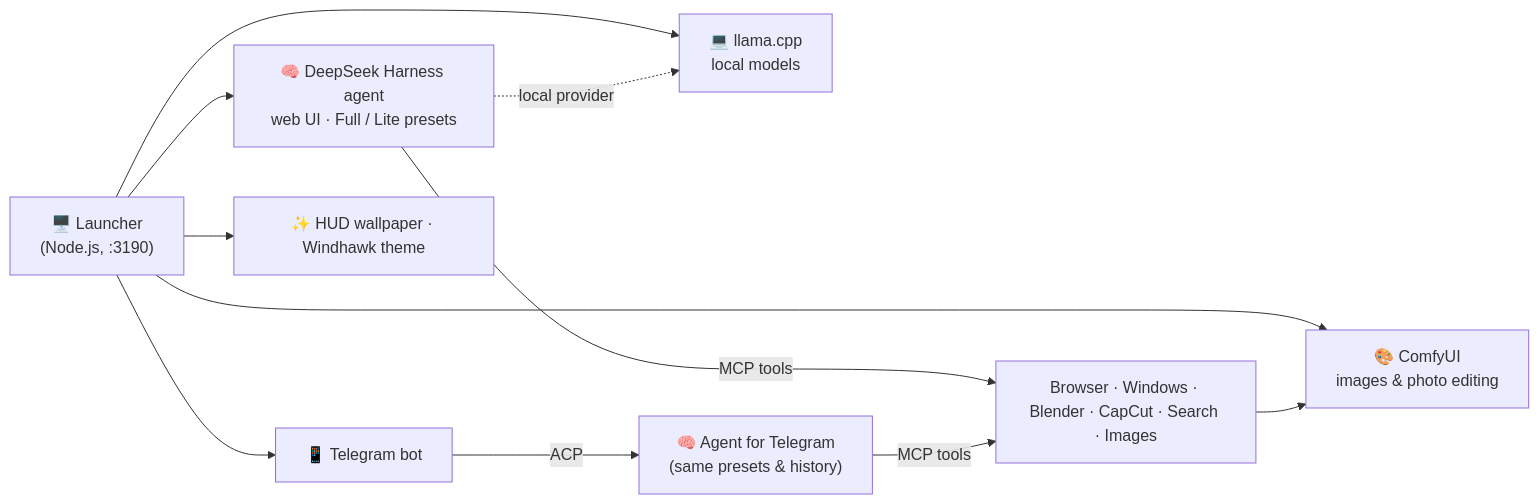
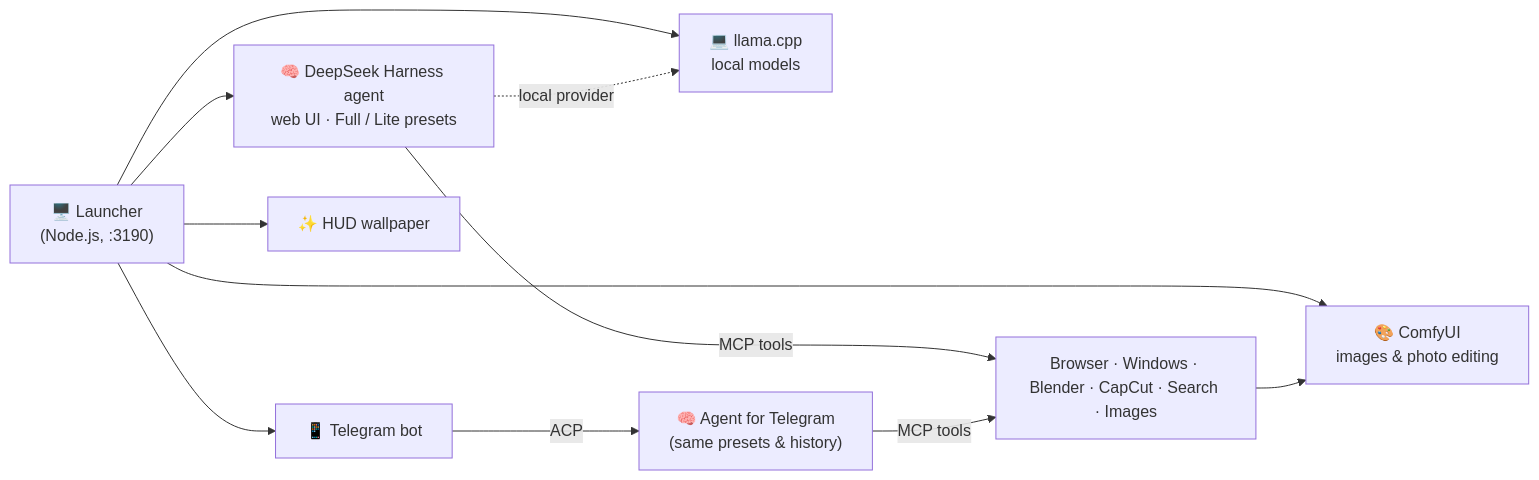
Before and after one commit to SanyaSS111/jarvis: the diagram in README.md, drawn with Mermaid. The commit also changed other lines of this file and 65 other files, not shown here.

First line of the commit message:
2.0: remove the Windows look, keep only the HUD wallpaper (off by default)

````diff
--- a/README.md
+++ b/README.md
@@ -106,13 +106,13 @@
 ```mermaid
 flowchart LR
   L["🖥️ Launcher<br/>(Node.js, :3190)"] --> A["🧠 DeepSeek Harness agent<br/>web UI · Full / Lite presets"]
   L --> M["💻 llama.cpp<br/>local models"]
   L --> C["🎨 ComfyUI<br/>images & photo editing"]
   L --> T["📱 Telegram bot"]
-  L --> W["✨ HUD wallpaper · Windhawk theme"]
+  L --> W["✨ HUD wallpaper"]
   T -- "ACP" --> A2["🧠 Agent for Telegram<br/>(same presets & history)"]
   A -- "MCP tools" --> X["Browser · Windows · Blender · CapCut · Search · Images"]
   A2 -- "MCP tools" --> X
   X --> C
   A -. "local provider" .-> M
 ```
````
